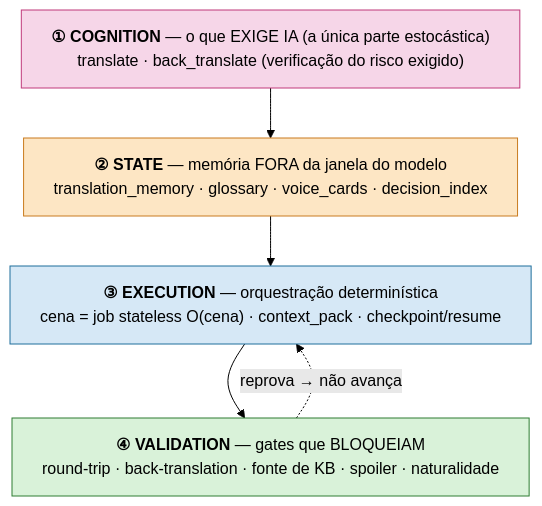
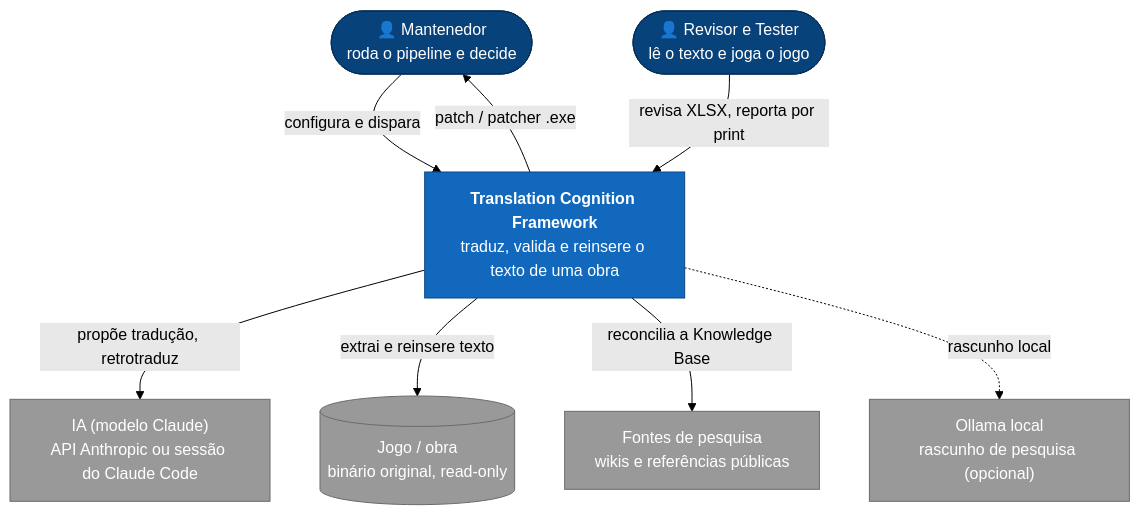
The first of 3 diagrams in README.md (scudellerlemos/translation-cognition-framework), drawn with Mermaid (forest theme) before and after one commit. The commit also changed other lines of this file and 8 other files, not shown here.

Commit message:
docs(readme): reescreve os 9 READMEs com C4 em mermaid

````diff
--- a/README.md
+++ b/README.md
@@ -62,14 +23,20 @@
 ```mermaid
-%%{init: {'flowchart': {'wrappingWidth': 520}}}%%
 flowchart TB
-  C["<b>① COGNITION</b> — o que EXIGE IA (a única parte estocástica)<br/>translate · back_translate (verificação do risco exigido)"]:::cog
-  S["<b>② STATE</b> — memória FORA da janela do modelo<br/>translation_memory · glossary · voice_cards · decision_index"]:::sta
-  E["<b>③ EXECUTION</b> — orquestração determinística<br/>cena = job stateless O(cena) · context_pack · checkpoint/resume"]:::exe
-  V["<b>④ VALIDATION</b> — gates que BLOQUEIAM<br/>round-trip · back-translation · fonte de KB · spoiler · naturalidade"]:::val
-  C --> S --> E --> V
-  V -.->|"reprova → não avança"| E
-  classDef cog fill:#f6d6e8,stroke:#c0397b,color:#000;
-  classDef sta fill:#fde6c4,stroke:#c97b1f,color:#000;
-  classDef exe fill:#d6e8f6,stroke:#1f6f9b,color:#000;
-  classDef val fill:#d9f2d9,stroke:#2e7d32,color:#000;
+  dev(["👤 Mantenedor<br/>roda o pipeline e decide"]):::pessoa
+  rev(["👤 Revisor e Tester<br/>lê o texto e joga o jogo"]):::pessoa
+  tcf["<b>Translation Cognition Framework</b><br/>traduz, valida e reinsere o texto de uma obra"]:::sistema
+  llm["IA (modelo Claude)<br/>API Anthropic ou sessão do Claude Code"]:::ext
+  jogo[("Jogo / obra<br/>binário original, read-only")]:::ext
+  fontes["Fontes de pesquisa<br/>wikis e referências públicas"]:::ext
+  ollama["Ollama local<br/>rascunho de pesquisa (opcional)"]:::ext
+  dev -->|"configura e dispara"| tcf
+  rev -->|"revisa XLSX, reporta por print"| tcf
+  tcf -->|"propõe tradução, retrotraduz"| llm
+  tcf -->|"extrai e reinsere texto"| jogo
+  tcf -->|"reconcilia a Knowledge Base"| fontes
+  tcf -.->|"rascunho local"| ollama
+  tcf -->|"patch / patcher .exe"| dev
+  classDef pessoa fill:#08427b,stroke:#052e56,color:#fff;
+  classDef sistema fill:#1168bd,stroke:#0b4884,color:#fff;
+  classDef ext fill:#999,stroke:#6b6b6b,color:#fff;
 ```
````
